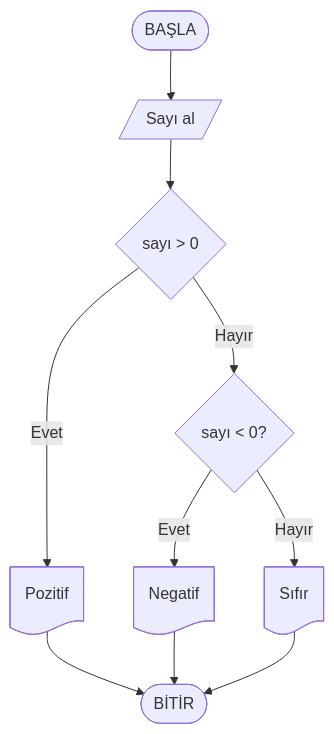
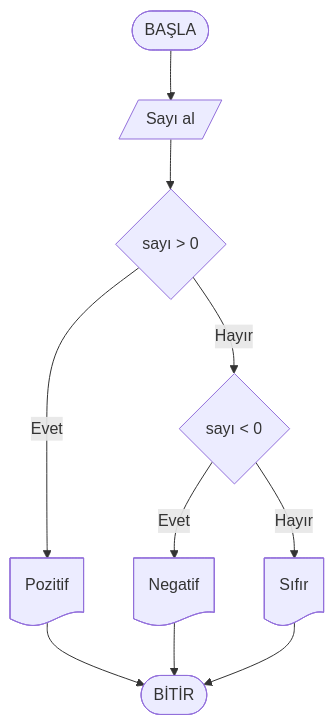
Before and after one commit to ibrahimayaz/Algoritma-ve-Programlamaya-Giris-2025: the first of 5 diagrams in Hafta03/ders_icerik.md, drawn with Mermaid. The commit also changed other lines of this file and 59 other files, not shown here.

````diff
--- a/Hafta03/ders_icerik.md
+++ b/Hafta03/ders_icerik.md
@@ -352,9 +345,9 @@
 ```mermaid
 flowchart TD
   start([BAŞLA]) --> inNum[/Sayı al/]
   inNum --> d1{sayı > 0}
   d1 -- Evet --> pos@{ shape: doc, label: "Pozitif" } --> endNode([BİTİR])
-  d1 -- Hayır --> d2{sayı < 0?}
+  d1 -- Hayır --> d2{sayı < 0}
   d2 -- Evet --> neg@{ shape: doc, label: "Negatif" } --> endNode
   d2 -- Hayır --> zero@{ shape: doc, label: "Sıfır" } --> endNode
 ```
````
